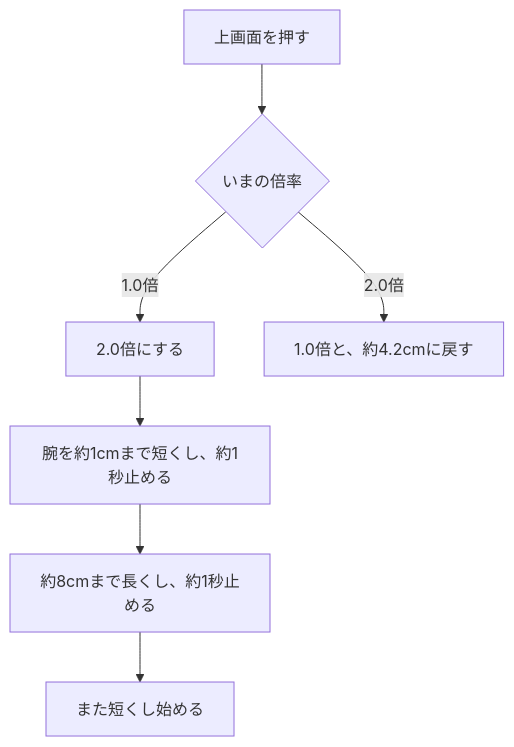
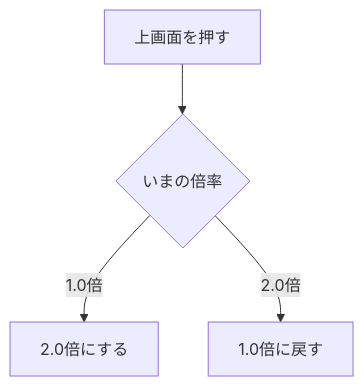
One commit to pfgnsb/hand-spinner changed the sixth of 9 diagrams in spinner/ドキュメント/ユースケース.md. Above: the diagram before and after it, drawn with Mermaid. The commit also changed other lines of this file and 13 other files, not shown here.

````diff
--- a/spinner/ドキュメント/ユースケース.md
+++ b/spinner/ドキュメント/ユースケース.md
@@ -130,9 +130,6 @@
 ```mermaid
 flowchart TD
   a[上画面を押す] --> b{いまの倍率}
   b -->|1.0倍| c[2.0倍にする]
-  c --> e[腕を約1cmまで短くし、約1秒止める]
-  e --> f[約8cmまで長くし、約1秒止める]
-  f --> g[また短くし始める]
-  b -->|2.0倍| d[1.0倍と、約4.2cmに戻す]
+  b -->|2.0倍| d[1.0倍に戻す]
 ```
````
